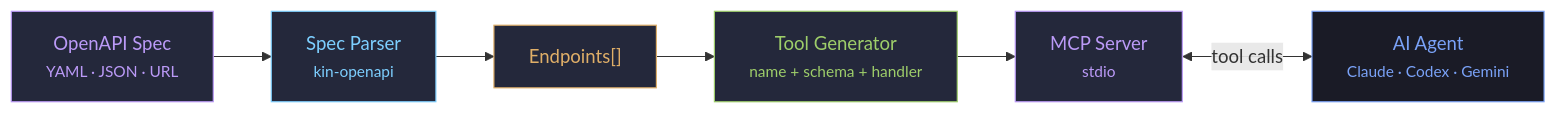
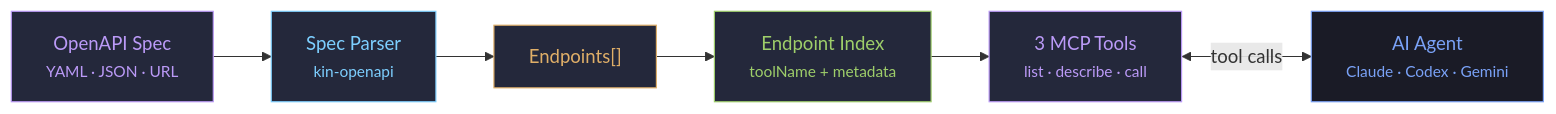
The first of 2 diagrams in README.md (rendis/mcp-openapi-proxy), drawn with Mermaid before and after one commit. The commit also changed other lines of this file and 18 other files, not shown here.

````diff
--- a/README.md
+++ b/README.md
@@ -32,15 +32,15 @@
 ```mermaid
 flowchart LR
     A["OpenAPI Spec<br/><small>YAML · JSON · URL</small>"] --> B["Spec Parser<br/><small>kin-openapi</small>"]
     B --> C["Endpoints[]"]
-    C --> D["Tool Generator<br/><small>name + schema + handler</small>"]
-    D --> E["MCP Server<br/><small>stdio</small>"]
+    C --> D["Endpoint Index<br/><small>toolName + metadata</small>"]
+    D --> E["3 MCP Tools<br/><small>list · describe · call</small>"]
     E <-->|"tool calls"| F["AI Agent<br/><small>Claude · Codex · Gemini</small>"]
 
     style A fill:#24283b,stroke:#bb9af7,color:#bb9af7
     style B fill:#24283b,stroke:#7dcfff,color:#7dcfff
     style C fill:#24283b,stroke:#e0af68,color:#e0af68
     style D fill:#24283b,stroke:#9ece6a,color:#9ece6a
     style E fill:#24283b,stroke:#bb9af7,color:#bb9af7
     style F fill:#1a1b26,stroke:#7aa2f7,color:#7aa2f7
 ```
````
